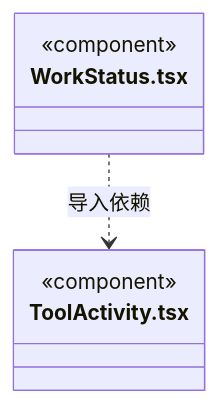
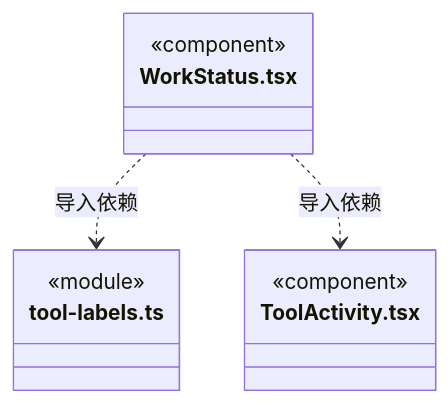
Before and after one commit to nan023062/cbim: diagram 58 of 60 in src/frontend/conversation/ARCHITECTURE.md, drawn with Mermaid. The commit also changed other lines of this file and 22 other files, not shown here.

````diff
--- a/src/frontend/conversation/ARCHITECTURE.md
+++ b/src/frontend/conversation/ARCHITECTURE.md
@@ -834,10 +921,14 @@
 ```mermaid
 classDiagram
 class N_src_frontend_conversation_WorkStatus_tsx["WorkStatus.tsx"] {
   <<component>>
 }
+class N_src_frontend_conversation_tool_labels_ts["tool-labels.ts"] {
+  <<module>>
+}
 class N_src_frontend_conversation_ToolActivity_tsx["ToolActivity.tsx"] {
   <<component>>
 }
+N_src_frontend_conversation_WorkStatus_tsx ..> N_src_frontend_conversation_tool_labels_ts : 导入依赖
 N_src_frontend_conversation_WorkStatus_tsx ..> N_src_frontend_conversation_ToolActivity_tsx : 导入依赖
 ```
````
